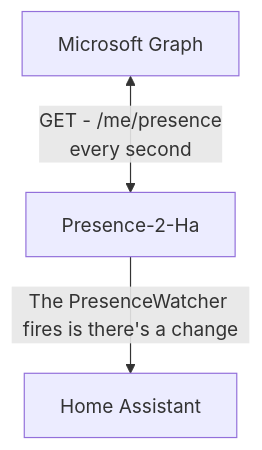
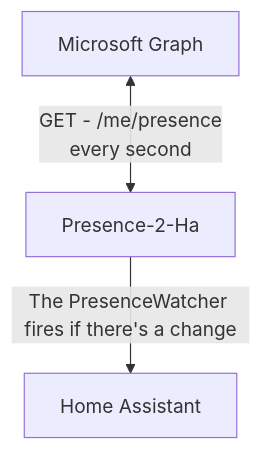
The diagram in ReadMe.md (Tanddant/Teams-Presence-to-Home-Assistant), drawn with Mermaid before and after one commit. The commit also changed other lines of this file, not shown here.

````diff
--- a/ReadMe.md
+++ b/ReadMe.md
@@ -41,5 +42,5 @@
 ``` mermaid
 graph TD;
     G[Microsoft Graph] <-->|GET - /me/presence\nevery second| T[Presence-2-Ha];
-    T --> |The PresenceWatcher fires is there's a change| H["Home Assistant"]
+    T --> |The PresenceWatcher fires if there's a change| H["Home Assistant"]
 ```
````
